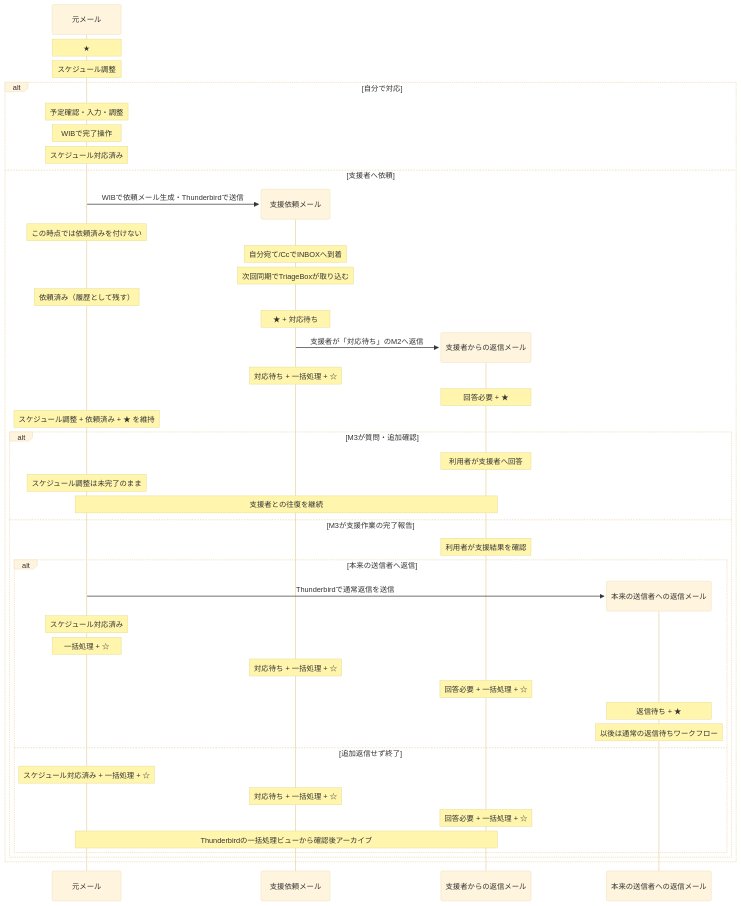
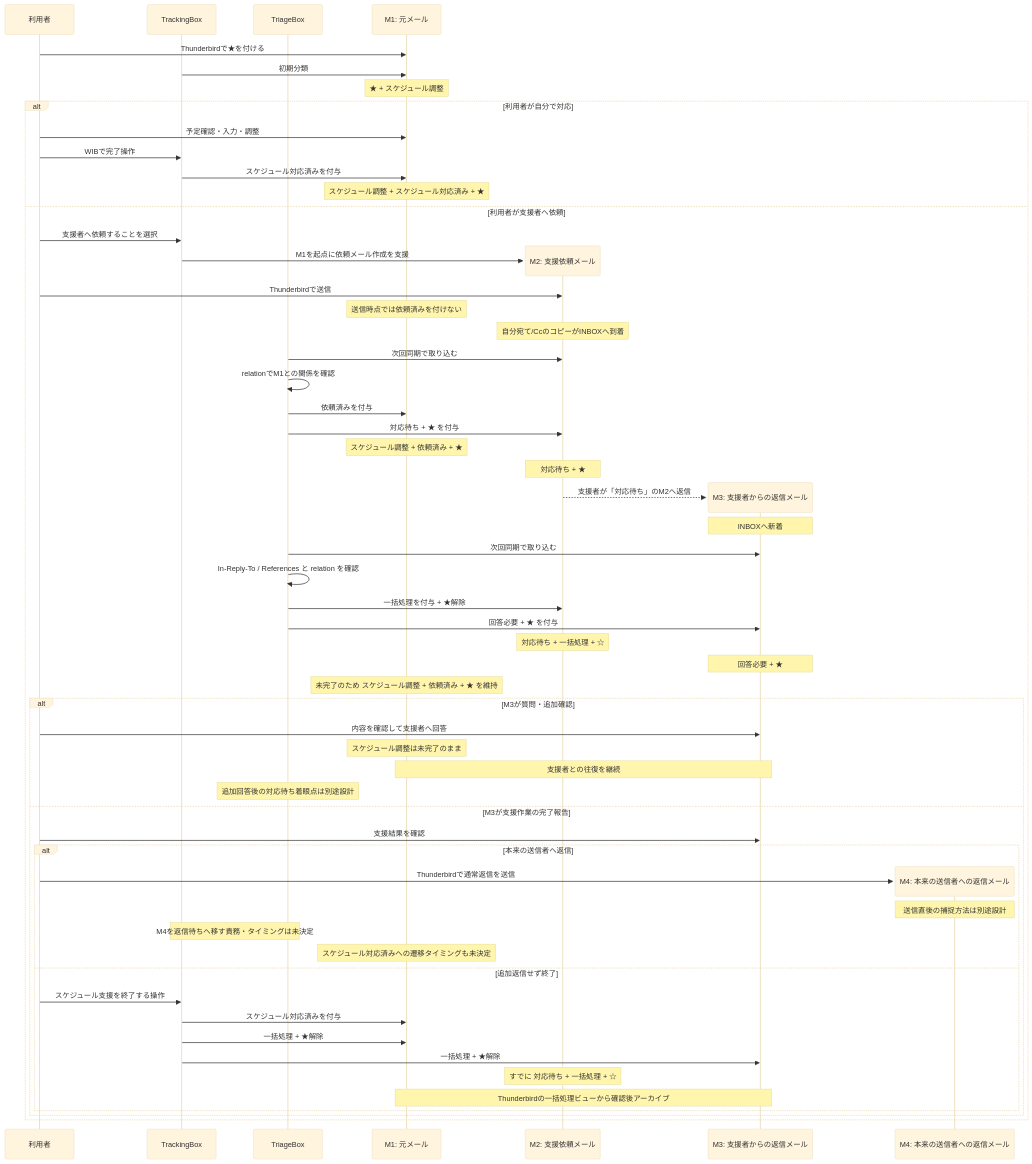
The diagram in docs/schedule_reply_workflow_2026-08-12.md (a3suger/WorkInBox), drawn with Mermaid (base theme) before and after one commit. The commit also changed other lines of this file, not shown here.

Commit message:
Clarify TrackingBox and TriageBox roles in schedule flow

````diff
--- a/docs/schedule_reply_workflow_2026-08-12.md
+++ b/docs/schedule_reply_workflow_2026-08-12.md
@@ -165,56 +167,71 @@
 ```mermaid
 sequenceDiagram
 
-    participant M1 as 元メール
+    participant U as 利用者
+    participant TB as TrackingBox
+    participant TR as TriageBox
+    participant M1 as M1: 元メール
 
-    Note over M1: ★
-    Note over M1: スケジュール調整
+    U->>M1: Thunderbirdで★を付ける
+    TB->>M1: 初期分類
+    Note over M1: ★ + スケジュール調整
 
-    alt 自分で対応
-        Note over M1: 予定確認・入力・調整
-        Note over M1: WIBで完了操作
-        Note over M1: スケジュール対応済み
+    alt 利用者が自分で対応
+        U->>M1: 予定確認・入力・調整
+        U->>TB: WIBで完了操作
+        TB->>M1: スケジュール対応済みを付与
+        Note over M1: スケジュール調整 + スケジュール対応済み + ★
 
-    else 支援者へ依頼
-        create participant M2 as 支援依頼メール
-        M1->>M2: WIBで依頼メール生成・Thunderbirdで送信
-        Note over M1: この時点では依頼済みを付けない
-        Note over M2: 自分宛て/CcでINBOXへ到着
+    else 利用者が支援者へ依頼
+        U->>TB: 支援者へ依頼することを選択
+        create participant M2 as M2: 支援依頼メール
+        TB->>M2: M1を起点に依頼メール作成を支援
+        U->>M2: Thunderbirdで送信
+        Note over M1: 送信時点では依頼済みを付けない
+        Note over M2: 自分宛て/CcのコピーがINBOXへ到着
 
-        Note over M2: 次回同期でTriageBoxが取り込む
-        Note over M1: 依頼済み（履歴として残す）
-        Note over M2: ★ + 対応待ち
+        TR->>M2: 次回同期で取り込む
+        TR->>TR: relationでM1との関係を確認
+        TR->>M1: 依頼済みを付与
+        TR->>M2: 対応待ち + ★ を付与
+        Note over M1: スケジュール調整 + 依頼済み + ★
+        Note over M2: 対応待ち + ★
 
-        create participant M3 as 支援者からの返信メール
-        M2->>M3: 支援者が「対応待ち」のM2へ返信
+        create participant M3 as M3: 支援者からの返信メール
+        M2-->>M3: 支援者が「対応待ち」のM2へ返信
+        Note over M3: INBOXへ新着
+        TR->>M3: 次回同期で取り込む
+        TR->>TR: In-Reply-To / References と relation を確認
+        TR->>M2: 一括処理を付与 + ★解除
+        TR->>M3: 回答必要 + ★ を付与
         Note over M2: 対応待ち + 一括処理 + ☆
         Note over M3: 回答必要 + ★
-        Note over M1: スケジュール調整 + 依頼済み + ★ を維持
+        Note over M1: 未完了のため スケジュール調整 + 依頼済み + ★ を維持
 
         alt M3が質問・追加確認
-            Note over M3: 利用者が支援者へ回答
+            U->>M3: 内容を確認して支援者へ回答
             Note over M1: スケジュール調整は未完了のまま
             Note over M1,M3: 支援者との往復を継続
+            Note over TR: 追加回答後の対応待ち着眼点は別途設計
 
         else M3が支援作業の完了報告
-            Note over M3: 利用者が支援結果を確認
+            U->>M3: 支援結果を確認
 
             alt 本来の送信者へ返信
-                create participant M4 as 本来の送信者への返信メール
-                M1->>M4: Thunderbirdで通常返信を送信
-                Note over M1: スケジュール対応済み
-                Note over M1: 一括処理 + ☆
-                Note over M2: 対応待ち + 一括処理 + ☆
-                Note over M3: 回答必要 + 一括処理 + ☆
-                Note over M4: 返信待ち + ★
-                Note over M4: 以後は通常の返信待ちワークフロー
+                create participant M4 as M4: 本来の送信者への返信メール
+                U->>M4: Thunderbirdで通常返信を送信
+                Note over M4: 送信直後の捕捉方法は別途設計
+                Note over TB,TR: M4を返信待ちへ移す責務・タイミングは未決定
+                Note over M1: スケジュール対応済みへの遷移タイミングも未決定
 
             else 追加返信せず終了
-                Note over M1: スケジュール対応済み + 一括処理 + ☆
-                Note over M2: 対応待ち + 一括処理 + ☆
-                Note over M3: 回答必要 + 一括処理 + ☆
+                U->>TB: スケジュール支援を終了する操作
+                TB->>M1: スケジュール対応済みを付与
+                TB->>M1: 一括処理 + ★解除
+                TB->>M3: 一括処理 + ★解除
+                Note over M2: すでに 対応待ち + 一括処理 + ☆
                 Note over M1,M3: Thunderbirdの一括処理ビューから確認後アーカイブ
             end
         end
     end
 ```
````
